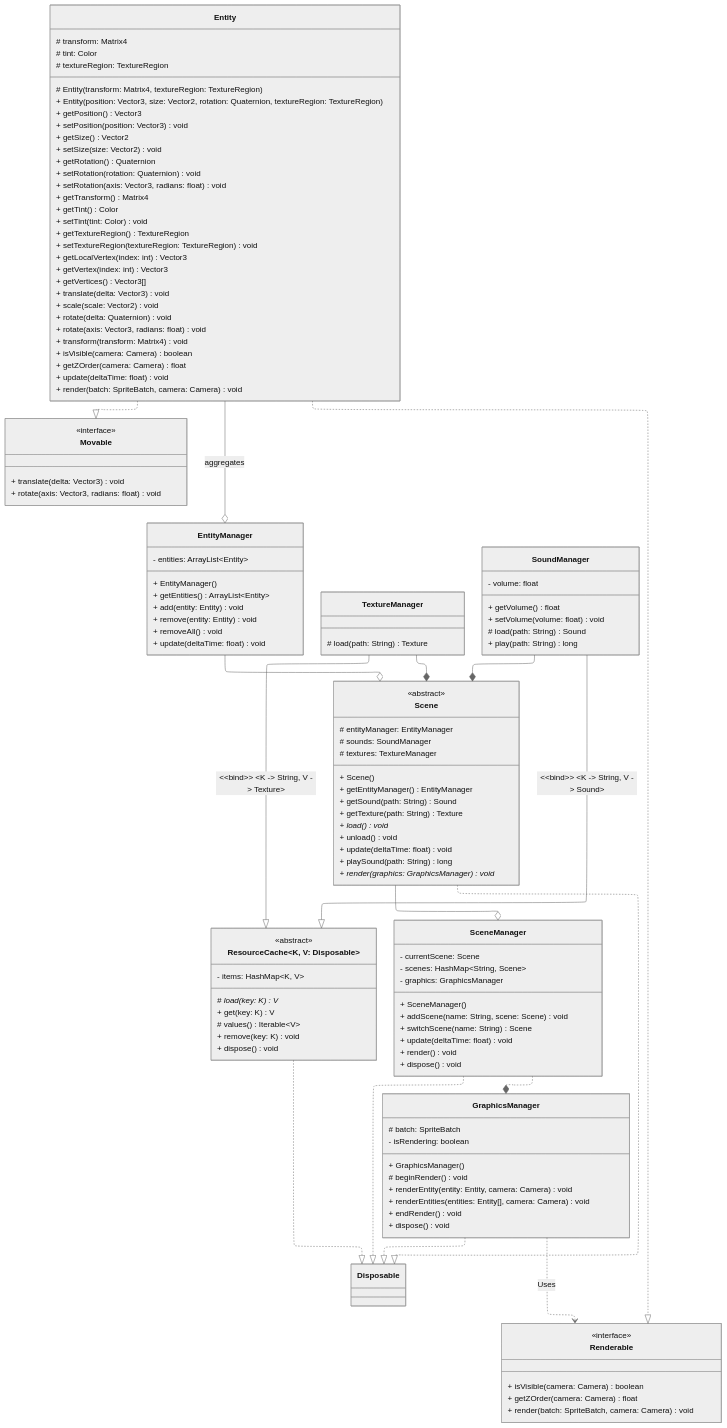
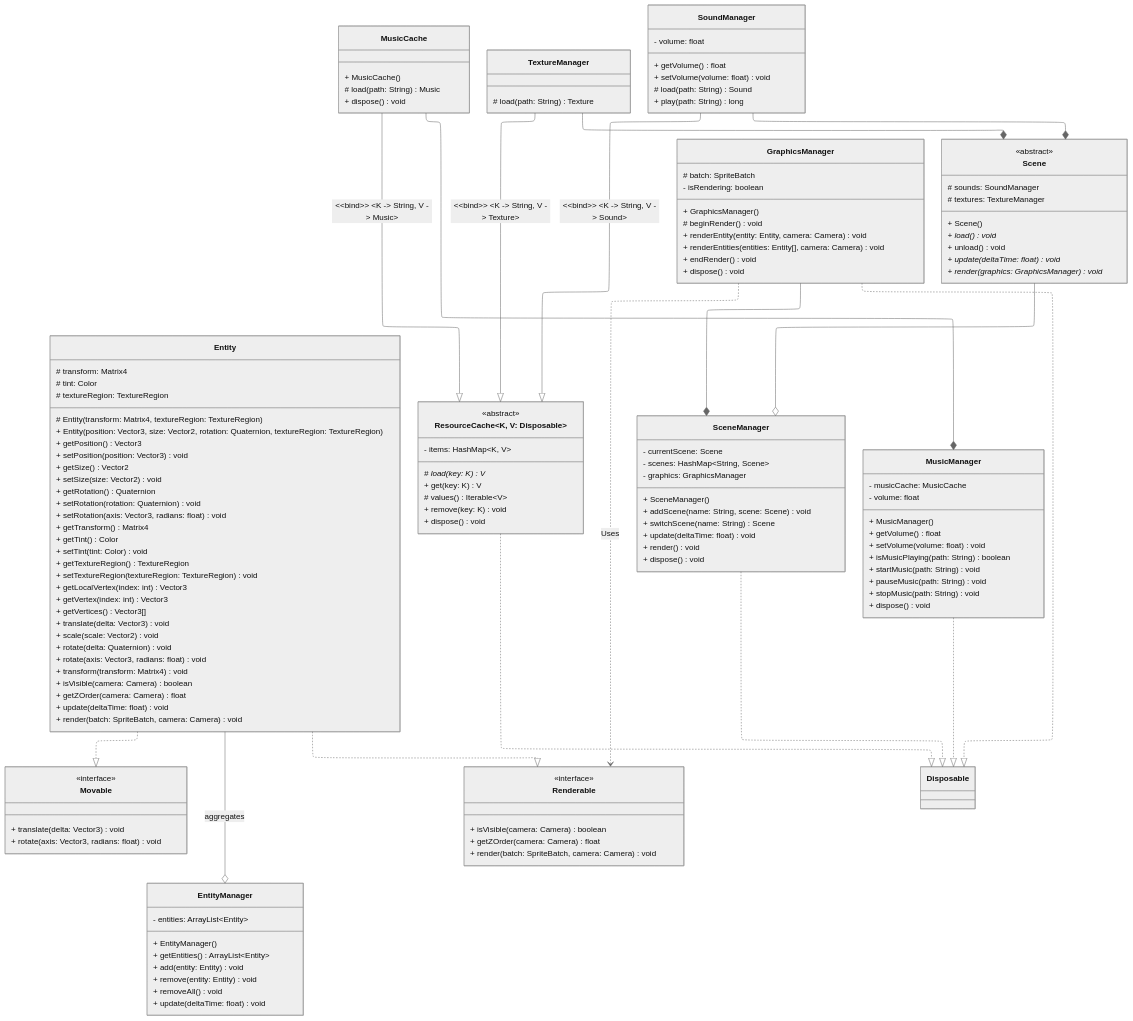
The diagram in class-diagram/entity-graphics-scene.mmd (TemariVirus/harbour-franca), drawn with Mermaid before and after one commit. The commit also changed 4 other files, not shown here.

Commit message:
Remove entity manager from scene

```diff
--- a/class-diagram/entity-graphics-scene.mmd
+++ b/class-diagram/entity-graphics-scene.mmd
@@ -1,153 +1,169 @@
 ---
 config:
     theme: neutral
     layout: elk
     defaultRenderer: elk
     elk:
         nodePlacementStrategy: NETWORK_SIMPLEX
 ---
 
 classDiagram
     Entity ..|> Movable
     Entity ..|> Renderable
     Entity --o EntityManager: aggregates
     GraphicsManager ..|> Disposable
     GraphicsManager ..> Renderable: Uses
     ResourceCache~K&comma; V: Disposable~ ..|> Disposable
-    EntityManager --o Scene
-    Scene ..|> Disposable
     Scene --o SceneManager
     SceneManager ..|> Disposable
-    SceneManager ..* GraphicsManager
+    GraphicsManager --* SceneManager
+    MusicCache --|> ResourceCache: #60;#60;bind#62;#62; #60;K -> String, V -> Music#62;
+    MusicCache --* MusicManager
+    MusicManager ..|> Disposable
     TextureManager --|> ResourceCache: #60;#60;bind#62;#62; #60;K -> String, V -> Texture#62;
     TextureManager --* Scene
     SoundManager --|> ResourceCache: #60;#60;bind#62;#62; #60;K -> String, V -> Sound#62;
     SoundManager --* Scene
 
 
     class Entity {
         # transform: Matrix4
         # tint: Color
         # textureRegion: TextureRegion
 
         # Entity(transform: Matrix4, textureRegion: TextureRegion)
         + Entity(position: Vector3, size: Vector2, rotation: Quaternion, textureRegion: TextureRegion)
         + getPosition() Vector3
         + setPosition(position: Vector3) void
         + getSize() Vector2
         + setSize(size: Vector2) void
         + getRotation() Quaternion
         + setRotation(rotation: Quaternion) void
         + setRotation(axis: Vector3, radians: float) void
         + getTransform() Matrix4
         + getTint() Color
         + setTint(tint: Color) void
         + getTextureRegion() TextureRegion
         + setTextureRegion(textureRegion: TextureRegion) void
         + getLocalVertex(index: int) Vector3
         + getVertex(index: int) Vector3
         + getVertices() Vector3[]
         + translate(delta: Vector3) void
         + scale(scale: Vector2) void
         + rotate(delta: Quaternion) void
         + rotate(axis: Vector3, radians: float) void
         + transform(transform: Matrix4) void
         + isVisible(camera: Camera) boolean
         + getZOrder(camera: Camera) float
         + update(deltaTime: float) void
         + render(batch: SpriteBatch, camera: Camera) void
     }
 
     class EntityManager {
         - entities: ArrayList~Entity~
 
         + EntityManager()
         + getEntities() ArrayList~Entity~
         + add(entity: Entity) void
         + remove(entity: Entity) void
         + removeAll() void
         + update(deltaTime: float) void
     }
 
     class GraphicsManager {
         # batch: SpriteBatch
         - isRendering: boolean
 
         + GraphicsManager()
         # beginRender() void
         + renderEntity(entity: Entity, camera: Camera) void
         + renderEntities(entities: Entity[], camera: Camera) void
         + endRender() void
         + dispose() void
     }
 
     class Movable {
         <<interface>>
 
         + translate(delta: Vector3) void
         + rotate(axis: Vector3, radians: float) void
     }
 
     class Renderable {
         <<interface>>
 
         + isVisible(camera: Camera) boolean
         + getZOrder(camera: Camera) float
         + render(batch: SpriteBatch, camera: Camera) void
     }
 
     class ResourceCache~K&comma; V: Disposable~ {
         <<abstract>>
 
         - items: HashMap~K&comma; V~
 
         # load(key: K)* V
         + get(key: K) V
         # values() Iterable~V~
         + remove(key: K) void
         + dispose() void
     }
 
     class Scene {
         <<abstract>>
 
-        # entityManager: EntityManager
         # sounds: SoundManager
         # textures: TextureManager
 
         + Scene()
-        + getEntityManager() EntityManager
-        + getSound(path: String) Sound
-        + getTexture(path: String) Texture
         + load()* void
         + unload() void
-        + update(deltaTime: float) void
-        + playSound(path: String) long
+        + update(deltaTime: float)* void
         + render(graphics: GraphicsManager)* void
     }
 
     class SceneManager {
         - currentScene: Scene
         - scenes: HashMap~String&comma; Scene~
         - graphics: GraphicsManager
 
         + SceneManager()
         + addScene(name: String, scene: Scene) void
         + switchScene(name: String) Scene
         + update(deltaTime: float) void
         + render() void
         + dispose() void
     }
 
+    class MusicCache {
+        + MusicCache()
+        # load(path: String) Music
+        + dispose() void
+    }
+
+    class MusicManager {
+        - musicCache: MusicCache
+        - volume: float
+
+        + MusicManager()
+        + getVolume() float
+        + setVolume(volume: float) void
+        + isMusicPlaying(path: String) boolean
+        + startMusic(path: String) void
+        + pauseMusic(path: String) void
+        + stopMusic(path: String) void
+        + dispose() void
+    }
+
     class SoundManager {
         - volume: float
 
         + getVolume() float
         + setVolume(volume: float) void
         # load(path: String) Sound
         + play(path: String) long
     }
 
     class TextureManager {
         # load(path: String) Texture
     }
```
